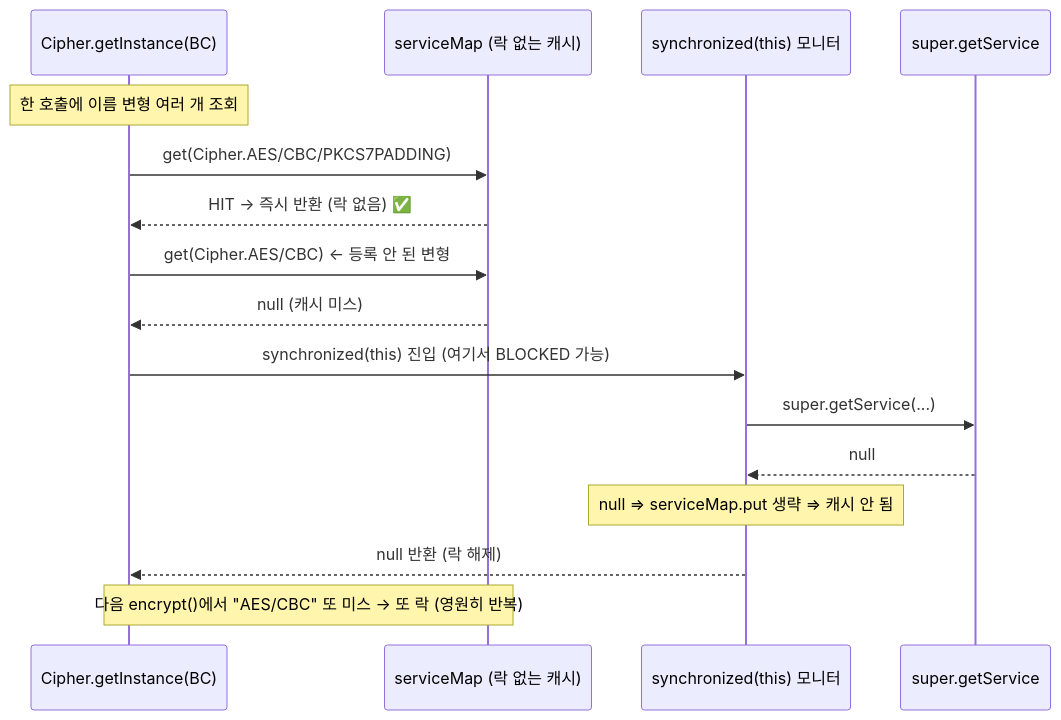
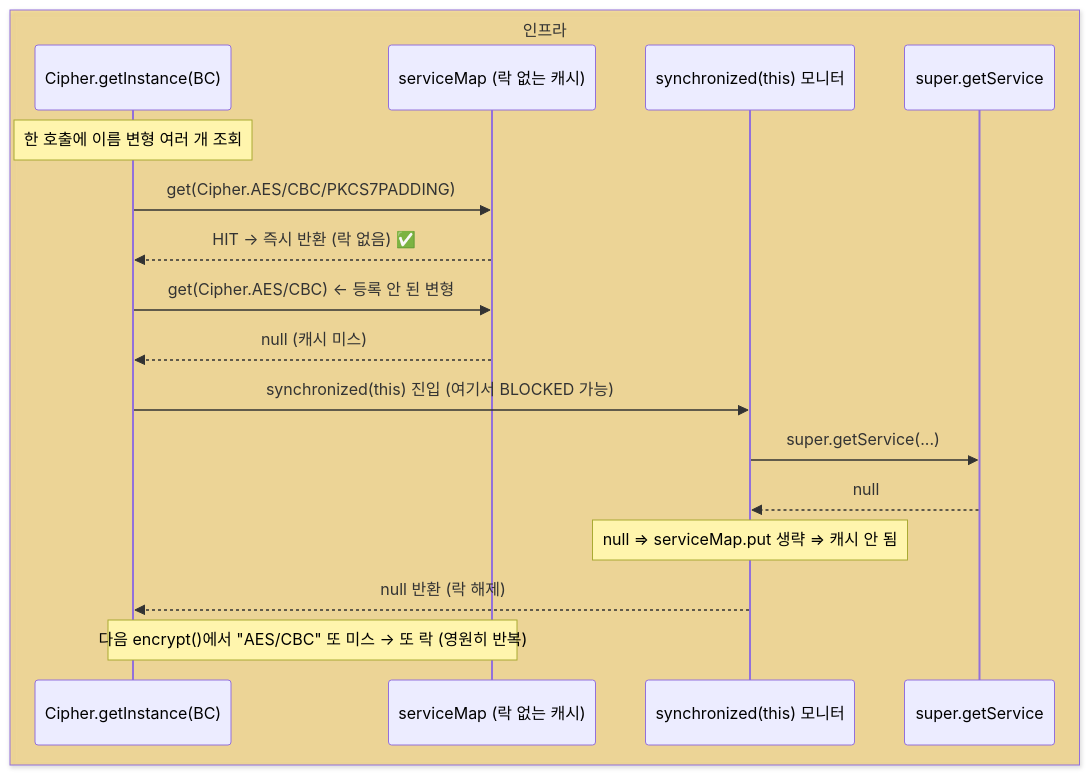
One commit to HJC96/deep-dive changed the second of 3 diagrams in labs/java-sandbox/README.md. Above: the diagram before and after it, drawn with Mermaid. The commit also changed other lines of this file and 4 other files, not shown here.

````diff
--- a/labs/java-sandbox/README.md
+++ b/labs/java-sandbox/README.md
@@ -156,20 +177,23 @@
 ```mermaid
 sequenceDiagram
+
+    box rgba(251, 191, 36, 0.40) 인프라
     participant C as Cipher.getInstance(BC)
     participant M as serviceMap (락 없는 캐시)
     participant L as synchronized(this) 모니터
     participant S as super.getService
+    end
 
     Note over C: 한 호출에 이름 변형 여러 개 조회
     C->>M: get(Cipher.AES/CBC/PKCS7PADDING)
     M-->>C: HIT → 즉시 반환 (락 없음) ✅
 
     C->>M: get(Cipher.AES/CBC) ← 등록 안 된 변형
     M-->>C: null (캐시 미스)
     C->>L: synchronized(this) 진입 (여기서 BLOCKED 가능)
     L->>S: super.getService(...)
     S-->>L: null
     Note over L: null ⇒ serviceMap.put 생략 ⇒ 캐시 안 됨
     L-->>C: null 반환 (락 해제)
     Note over C,M: 다음 encrypt()에서 "AES/CBC" 또 미스 → 또 락 (영원히 반복)
 ```
````
